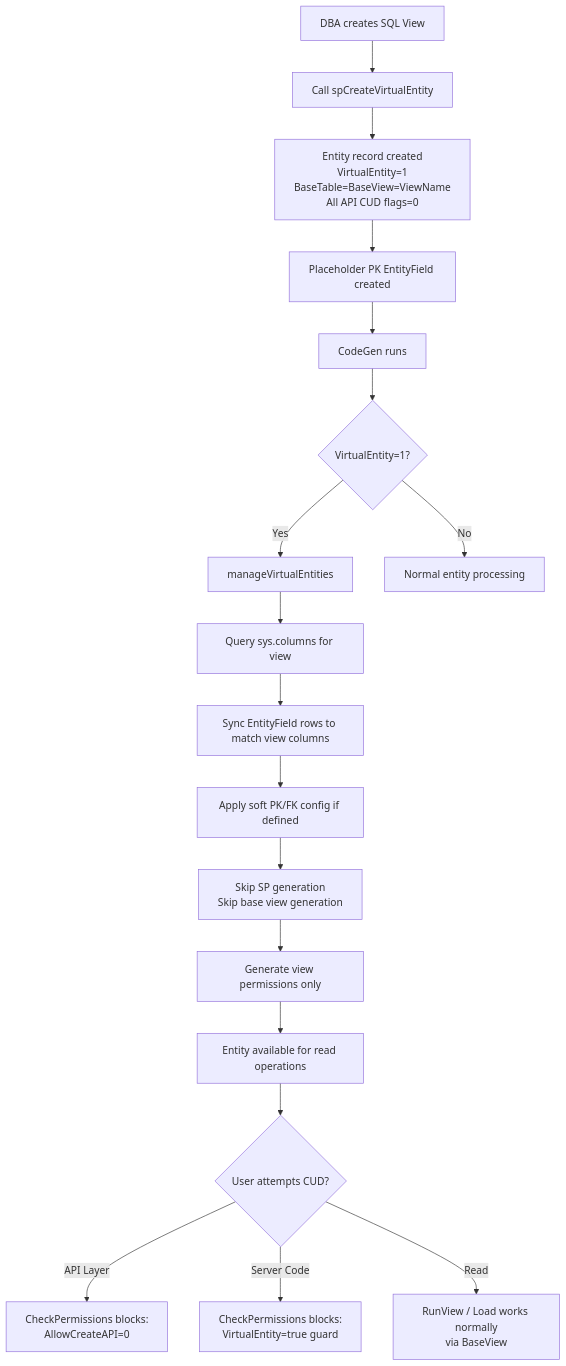
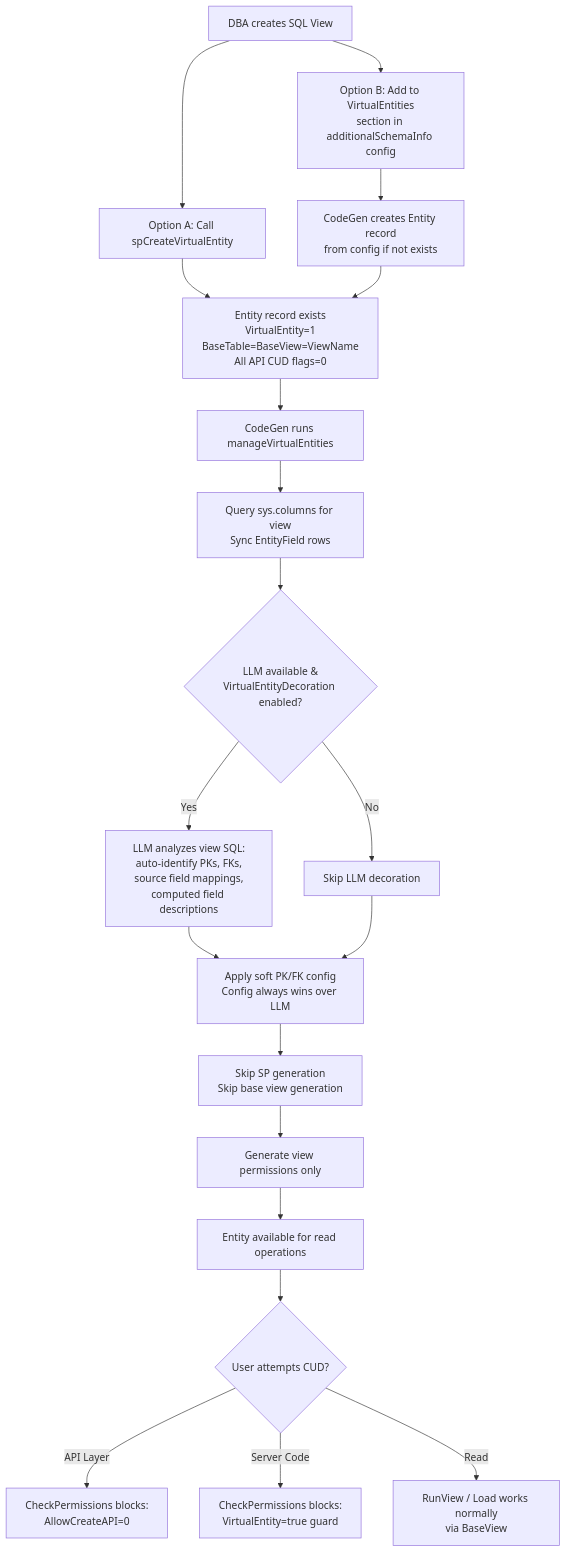
The first of 11 diagrams in plans/entity-system-enhancements-virtual-and-supertype.md (MemberJunction/MJ), drawn with Mermaid before and after one commit. The commit also changed other lines of this file, not shown here.

First line of the commit message:
Add config-driven virtual entity creation and LLM field decoration to plan

````diff
--- a/plans/entity-system-enhancements-virtual-and-supertype.md
+++ b/plans/entity-system-enhancements-virtual-and-supertype.md
@@ -125,21 +129,28 @@
 ```mermaid
 flowchart TD
-    A[DBA creates SQL View] --> B[Call spCreateVirtualEntity]
-    B --> C[Entity record created<br/>VirtualEntity=1<br/>BaseTable=BaseView=ViewName<br/>All API CUD flags=0]
-    C --> D[Placeholder PK EntityField created]
-    D --> E[CodeGen runs]
-    E --> F{VirtualEntity=1?}
-    F -->|Yes| G[manageVirtualEntities]
-    F -->|No| H[Normal entity processing]
-    G --> I[Query sys.columns for view]
-    I --> J[Sync EntityField rows to match view columns]
-    J --> K[Apply soft PK/FK config if defined]
-    K --> L[Skip SP generation<br/>Skip base view generation]
-    L --> M[Generate view permissions only]
-    M --> N[Entity available for read operations]
+    A1[DBA creates SQL View] --> B1[Option A: Call spCreateVirtualEntity]
+    A1 --> B2[Option B: Add to VirtualEntities<br/>section in additionalSchemaInfo config]
 
-    N --> O{User attempts CUD?}
-    O -->|API Layer| P[CheckPermissions blocks:<br/>AllowCreateAPI=0]
-    O -->|Server Code| Q[CheckPermissions blocks:<br/>VirtualEntity=true guard]
-    O -->|Read| R[RunView / Load works normally<br/>via BaseView]
+    B1 --> C[Entity record exists<br/>VirtualEntity=1<br/>BaseTable=BaseView=ViewName<br/>All API CUD flags=0]
+    B2 --> C2[CodeGen creates Entity record<br/>from config if not exists]
+    C2 --> C
+
+    C --> E[CodeGen runs manageVirtualEntities]
+    E --> I[Query sys.columns for view<br/>Sync EntityField rows]
+
+    I --> J{LLM available &<br/>VirtualEntityDecoration enabled?}
+    J -->|Yes| K[LLM analyzes view SQL:<br/>auto-identify PKs, FKs,<br/>source field mappings,<br/>computed field descriptions]
+    J -->|No| L[Skip LLM decoration]
+
+    K --> M[Apply soft PK/FK config<br/>Config always wins over LLM]
+    L --> M
+
+    M --> N[Skip SP generation<br/>Skip base view generation]
+    N --> O[Generate view permissions only]
+    O --> P[Entity available for read operations]
+
+    P --> Q{User attempts CUD?}
+    Q -->|API Layer| R[CheckPermissions blocks:<br/>AllowCreateAPI=0]
+    Q -->|Server Code| S[CheckPermissions blocks:<br/>VirtualEntity=true guard]
+    Q -->|Read| T[RunView / Load works normally<br/>via BaseView]
 ```
````
